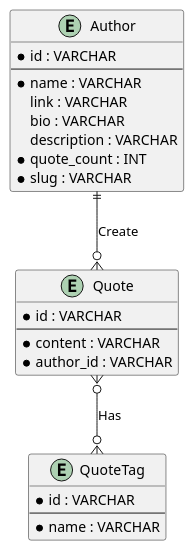
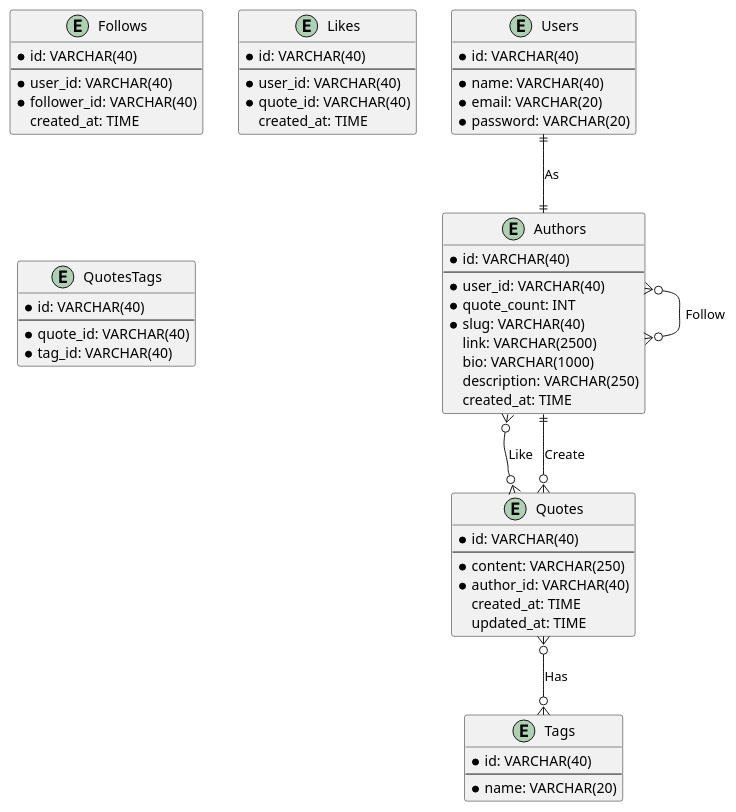
One commit to madjiebimaa/instawd changed the diagram in docs/erd.puml. Above: the diagram before and after it, drawn with PlantUML.

Commit message:
update: ERD

```diff
--- a/docs/erd.puml
+++ b/docs/erd.puml
@@ -1,30 +1,68 @@
 @startuml Instawd ERD
 
-entity Author {
-    *id : VARCHAR
+entity Users {
+    *id: VARCHAR(40)
     --
-    *name : VARCHAR
-    link : VARCHAR
-    bio : VARCHAR
-    description : VARCHAR
-    *quote_count : INT
-    *slug : VARCHAR
+    *name: VARCHAR(40)
+    *email: VARCHAR(20)
+    *password: VARCHAR(20)
 }
 
-entity Quote {
-    *id : VARCHAR
+entity Authors {
+    *id: VARCHAR(40)
     --
-    *content : VARCHAR
-    *author_id : VARCHAR
+    *user_id: VARCHAR(40)
+    *quote_count: INT
+    *slug: VARCHAR(40)
+    ' *name: VARCHAR(40)
+    link: VARCHAR(2500)
+    bio: VARCHAR(1000)
+    description: VARCHAR(250)
+    created_at: TIME
 }
 
-entity QuoteTag {
-    *id : VARCHAR
+entity Quotes {
+    *id: VARCHAR(40)
     --
-    *name : VARCHAR
+    *content: VARCHAR(250)
+    *author_id: VARCHAR(40)
+    created_at: TIME
+    updated_at: TIME
 }
 
-Author ||--o{ Quote : Create
-Quote }o--o{ QuoteTag : Has
+entity Tags {
+    *id: VARCHAR(40)
+    --
+    *name: VARCHAR(20)
+}
+
+entity Follows {
+    *id: VARCHAR(40)
+    --
+    *user_id: VARCHAR(40)
+    *follower_id: VARCHAR(40)
+    created_at: TIME
+}
+
+entity Likes {
+    *id: VARCHAR(40)
+    --
+    *user_id: VARCHAR(40)
+    *quote_id: VARCHAR(40)
+    created_at: TIME
+}
+
+entity QuotesTags {
+    *id: VARCHAR(40)
+    --
+    *quote_id: VARCHAR(40)
+    *tag_id: VARCHAR(40)
+}
+
+Users ||--||Authors : As
+Authors }o--o{ Authors : Follow
+Authors }o--o{ Quotes : Like
+Authors ||--o{ Quotes : Create
+Quotes }o--o{ Tags : Has
 
 @enduml
```
